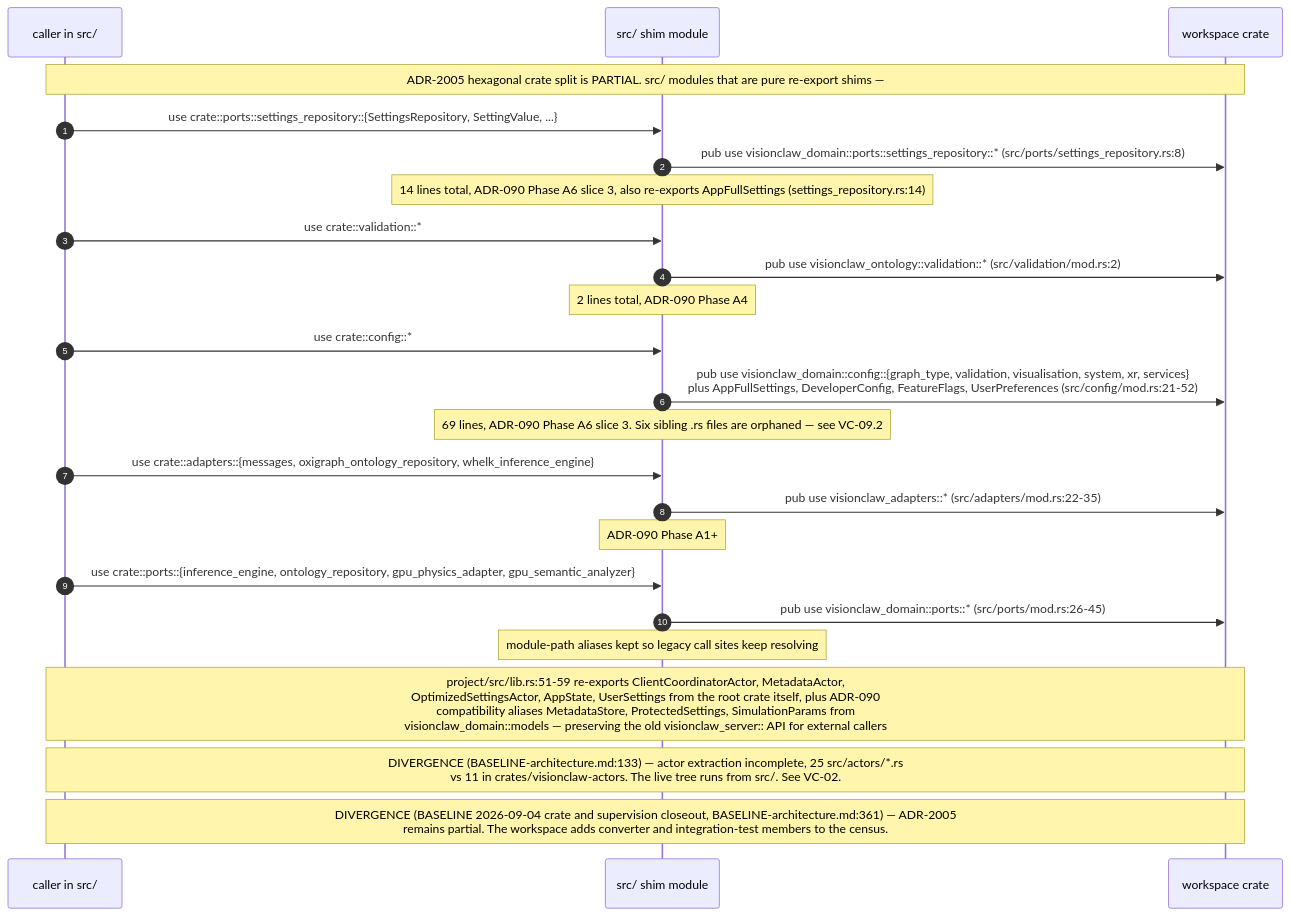
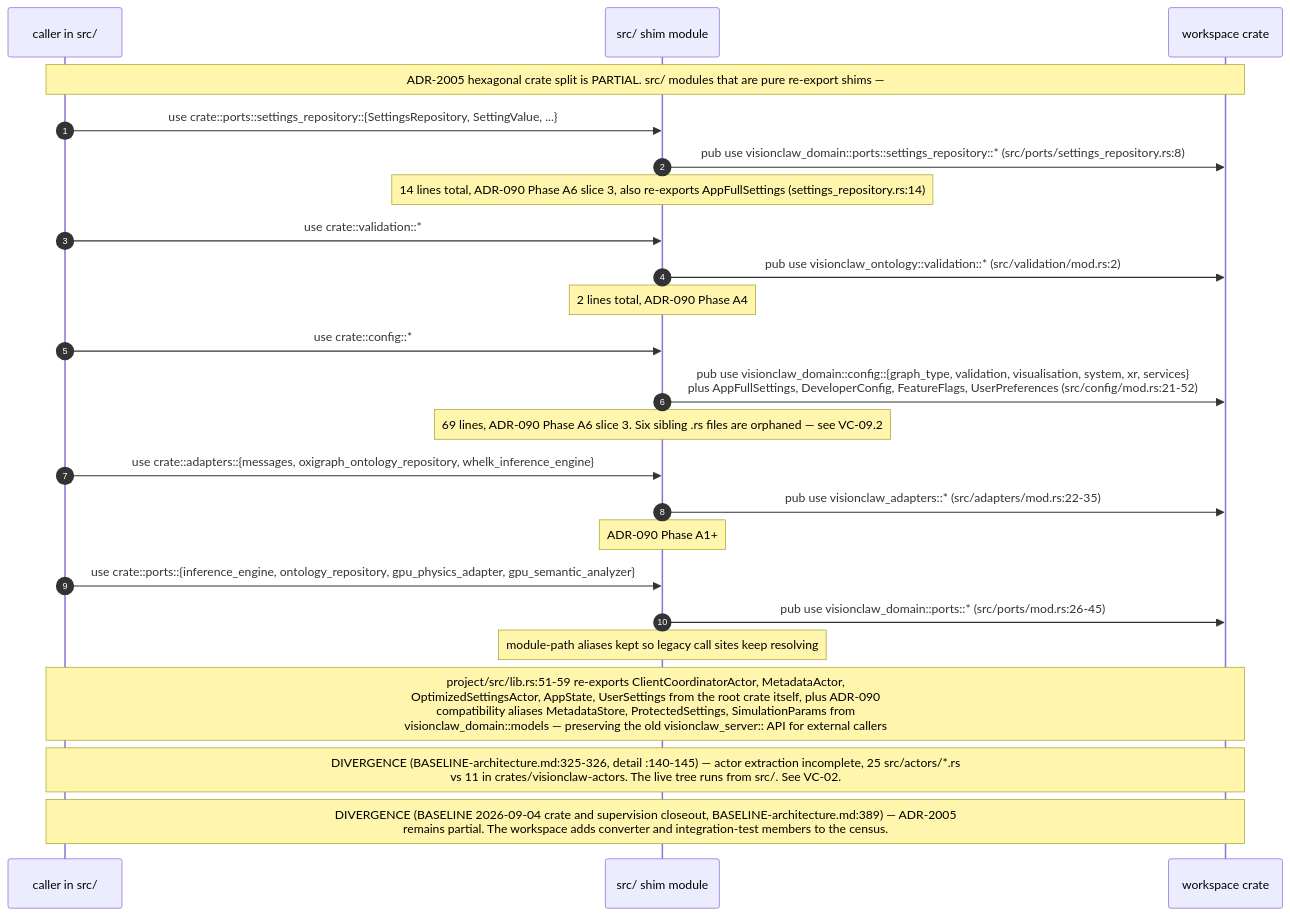
One commit to DreamLab-AI/VisionFlow changed the second of 9 diagrams in docs/diagrams/visionclaw/07-hexagonal-ports-and-crates.md. Above: the diagram before and after it, drawn with Mermaid. The commit also changed other lines of this file and 173 other files, not shown here.

````diff
--- a/docs/diagrams/visionclaw/07-hexagonal-ports-and-crates.md
+++ b/docs/diagrams/visionclaw/07-hexagonal-ports-and-crates.md
@@ -113,27 +115,27 @@
 ```mermaid
 sequenceDiagram
     autonumber
     participant C as caller in src/
     participant SH as src/ shim module
     participant CR as workspace crate
 
     Note over C,CR: ADR-2005 hexagonal crate split is PARTIAL. src/ modules that are pure re-export shims —
     C->>SH: use crate::ports::settings_repository::{SettingsRepository, SettingValue, ...}
     SH->>CR: pub use visionclaw_domain::ports::settings_repository::* (src/ports/settings_repository.rs:8)
     Note over SH: 14 lines total, ADR-090 Phase A6 slice 3, also re-exports AppFullSettings (settings_repository.rs:14)
     C->>SH: use crate::validation::*
     SH->>CR: pub use visionclaw_ontology::validation::* (src/validation/mod.rs:2)
     Note over SH: 2 lines total, ADR-090 Phase A4
     C->>SH: use crate::config::*
     SH->>CR: pub use visionclaw_domain::config::{graph_type, validation, visualisation, system, xr, services}<br/>plus AppFullSettings, DeveloperConfig, FeatureFlags, UserPreferences (src/config/mod.rs:21-52)
     Note over SH: 69 lines, ADR-090 Phase A6 slice 3. Six sibling .rs files are orphaned — see VC-09.2
     C->>SH: use crate::adapters::{messages, oxigraph_ontology_repository, whelk_inference_engine}
     SH->>CR: pub use visionclaw_adapters::* (src/adapters/mod.rs:22-35)
     Note over SH: ADR-090 Phase A1+
     C->>SH: use crate::ports::{inference_engine, ontology_repository, gpu_physics_adapter, gpu_semantic_analyzer}
     SH->>CR: pub use visionclaw_domain::ports::* (src/ports/mod.rs:26-45)
     Note over SH: module-path aliases kept so legacy call sites keep resolving
     Note over C,CR: project/src/lib.rs:51-59 re-exports ClientCoordinatorActor, MetadataActor,<br/>OptimizedSettingsActor, AppState, UserSettings from the root crate itself, plus ADR-090<br/>compatibility aliases MetadataStore, ProtectedSettings, SimulationParams from<br/>visionclaw_domain::models — preserving the old visionclaw_server:: API for external callers
-    Note over C,CR: DIVERGENCE (BASELINE-architecture.md:133) — actor extraction incomplete, 25 src/actors/*.rs<br/>vs 11 in crates/visionclaw-actors. The live tree runs from src/. See VC-02.
-    Note over C,CR: DIVERGENCE (BASELINE 2026-09-04 crate and supervision closeout, BASELINE-architecture.md:361) — ADR-2005<br/>remains partial. The workspace adds converter and integration-test members to the census.
+    Note over C,CR: DIVERGENCE (BASELINE-architecture.md:325-326, detail :140-145) — actor extraction incomplete, 25 src/actors/*.rs<br/>vs 11 in crates/visionclaw-actors. The live tree runs from src/. See VC-02.
+    Note over C,CR: DIVERGENCE (BASELINE 2026-09-04 crate and supervision closeout, BASELINE-architecture.md:389) — ADR-2005<br/>remains partial. The workspace adds converter and integration-test members to the census.
 ```
````
